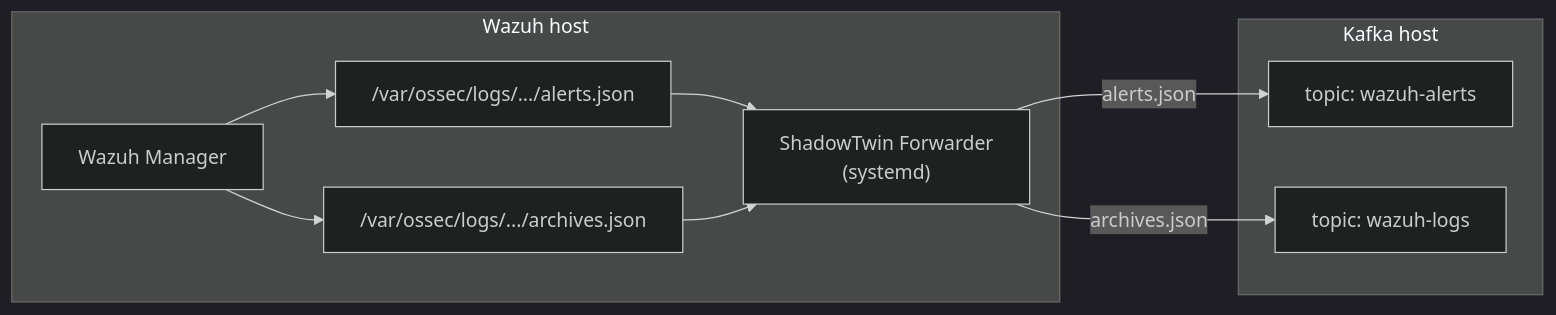
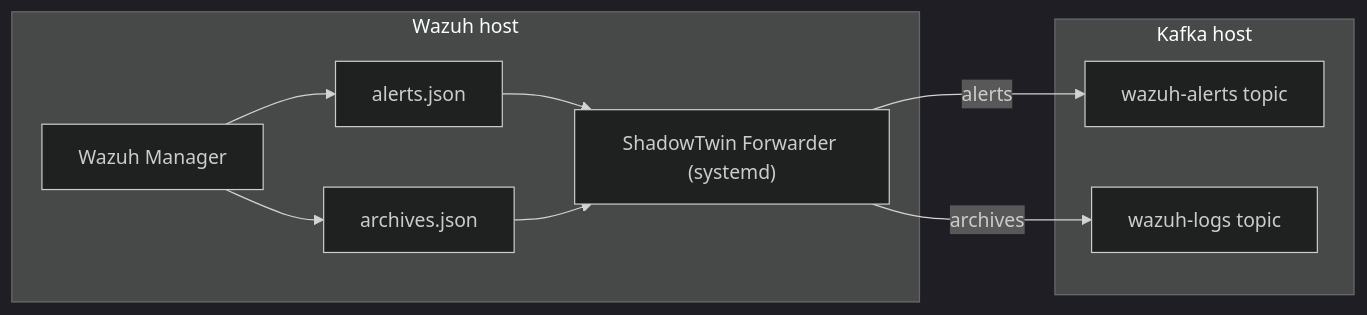
The diagram in forwarder/README.md (Aakhri-Pastaa/ShadowTwin), drawn with Mermaid (dark theme) before and after one commit. The commit also changed 2 other files, not shown here.

Commit message:
docs: fix Mermaid diagrams that rendered blank (drop br tags, emoji, literal \n)

````diff
--- a/forwarder/README.md
+++ b/forwarder/README.md
@@ -12,17 +12,17 @@
 ```mermaid
 flowchart LR
-    subgraph WH["Wazuh host"]
+    subgraph wazuh_host["Wazuh host"]
         WM["Wazuh Manager"]
-        AL["/var/ossec/logs/.../alerts.json"]
-        AR["/var/ossec/logs/.../archives.json"]
-        FWD["ShadowTwin Forwarder<br/>(systemd)"]
+        AL["alerts.json"]
+        AR["archives.json"]
+        FWD["ShadowTwin Forwarder (systemd)"]
         WM --> AL --> FWD
         WM --> AR --> FWD
     end
-    subgraph KH["Kafka host"]
-        TA["topic: wazuh-alerts"]
-        TL["topic: wazuh-logs"]
+    subgraph kafka_host["Kafka host"]
+        TA["wazuh-alerts topic"]
+        TL["wazuh-logs topic"]
     end
-    FWD -->|alerts.json| TA
-    FWD -->|archives.json| TL
+    FWD -->|alerts| TA
+    FWD -->|archives| TL
 ```
````
